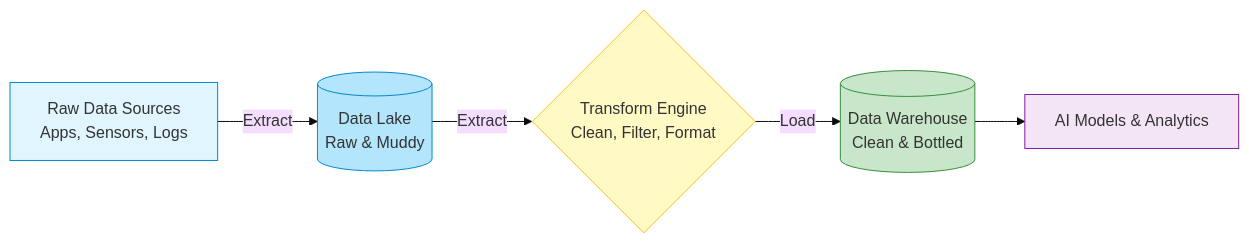
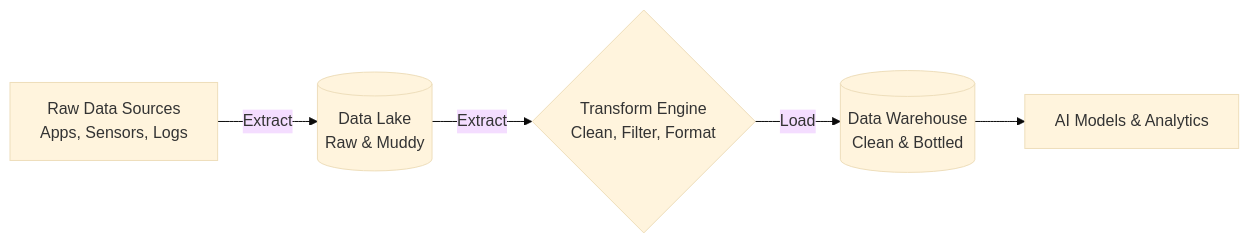
The first of 2 diagrams in line10_data_engineering.md (vdonthireddy/ai-knowledge-base), drawn with Mermaid (base theme) before and after one commit. The commit also changed 30 other files, not shown here.

Commit message:
chore: Rename files and fix mermaid diagram styles for dark mode compatibility

````diff
--- a/line10_data_engineering.md
+++ b/line10_data_engineering.md
@@ -47,13 +47,8 @@
 ```mermaid
 flowchart LR
     A[Raw Data Sources\nApps, Sensors, Logs] -->|Extract| B[(Data Lake\nRaw & Muddy)]
     B -->|Extract| C{Transform Engine\nClean, Filter, Format}
     C -->|Load| D[(Data Warehouse\nClean & Bottled)]
     D --> E[AI Models & Analytics]
     
-    style A fill:#e1f5fe,stroke:#0288d1
-    style B fill:#b3e5fc,stroke:#0288d1
-    style C fill:#fff9c4,stroke:#fbc02d
-    style D fill:#c8e6c9,stroke:#388e3c
-    style E fill:#f3e5f5,stroke:#7b1fa2
 ```
````
